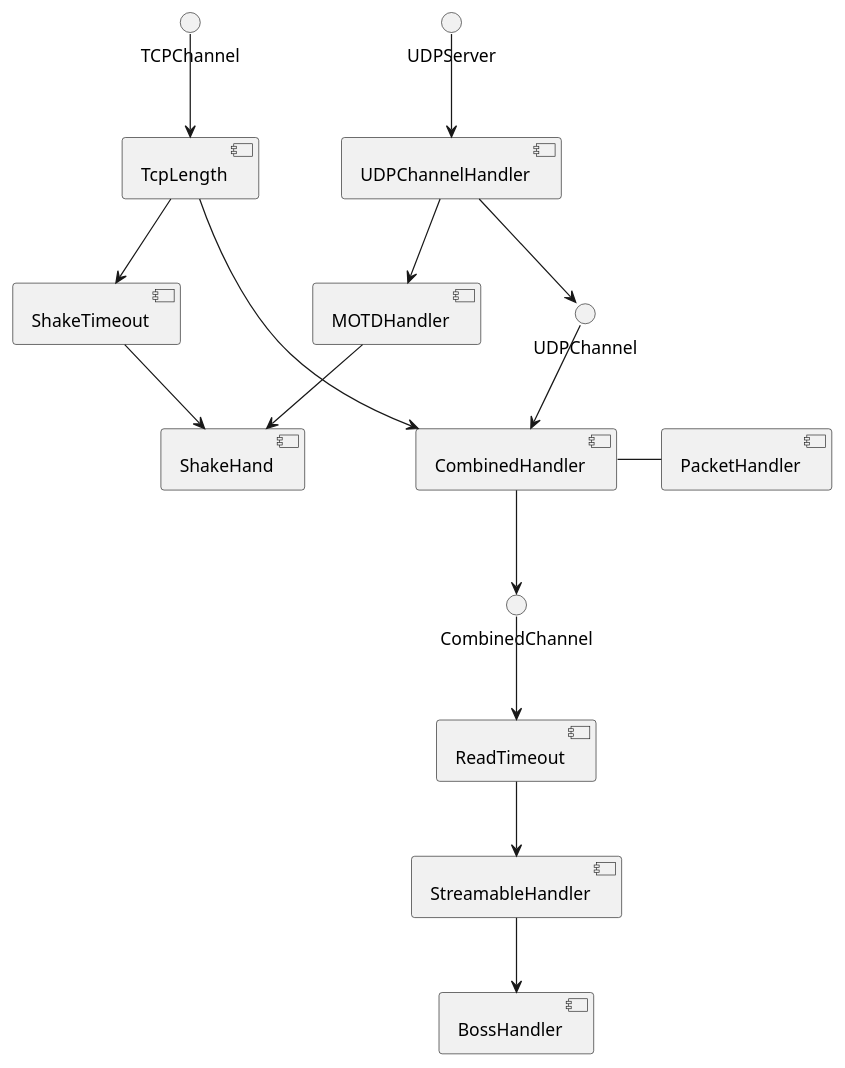
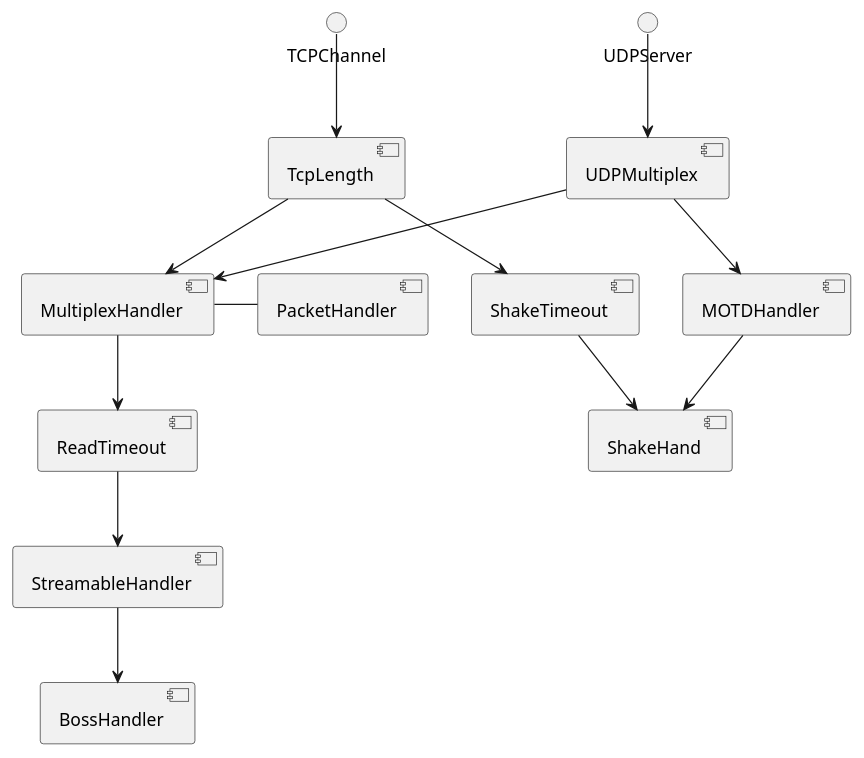
The diagram in scripts/mindustryProxy/lib/protocol/flow.puml (way-zer/ScriptAgentStandalone), drawn with PlantUML before and after one commit. The commit also changed 10 other files, not shown here.

```diff
--- a/scripts/mindustryProxy/lib/protocol/flow.puml
+++ b/scripts/mindustryProxy/lib/protocol/flow.puml
@@ -1,21 +1,19 @@
 @startuml
 'https://plantuml.com/component-diagram
 
 TCPChannel --> [TcpLength]
 [TcpLength] --> [ShakeTimeout]
 [ShakeTimeout] --> [ShakeHand]
 
-UDPServer --> [UDPChannelHandler]
-[UDPChannelHandler] --> [MOTDHandler]
+UDPServer --> [UDPMultiplex]
+[UDPMultiplex] --> [MOTDHandler]
 [MOTDHandler] --> [ShakeHand]
 
-[TcpLength] --> [CombinedHandler]
-[UDPChannelHandler] --> () UDPChannel
-UDPChannel --> [CombinedHandler]
+[TcpLength] --> [MultiplexHandler]
+[UDPMultiplex] --> [MultiplexHandler]
 
-[CombinedHandler] - [PacketHandler]
-[CombinedHandler] --> ()CombinedChannel
-CombinedChannel --> [ReadTimeout]
+[MultiplexHandler] - [PacketHandler]
+[MultiplexHandler] --> [ReadTimeout]
 [ReadTimeout] --> [StreamableHandler]
 [StreamableHandler] --> [BossHandler]
 @enduml
```
